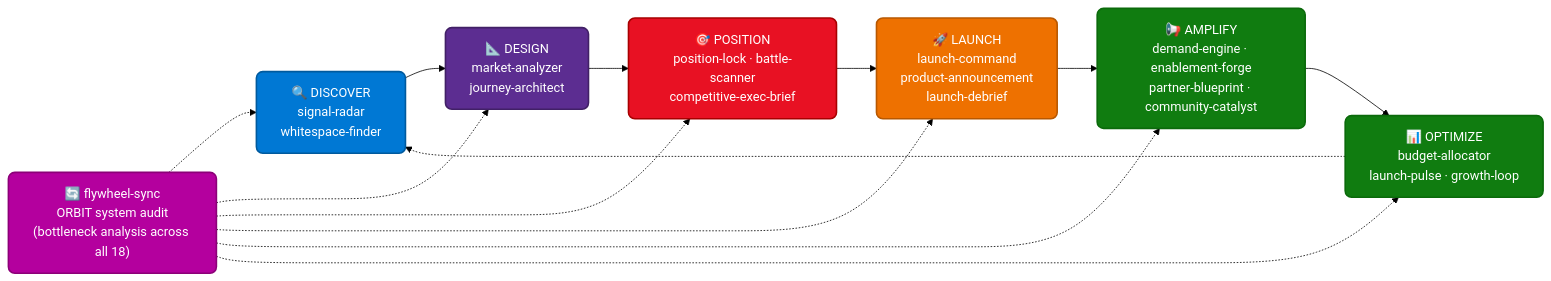
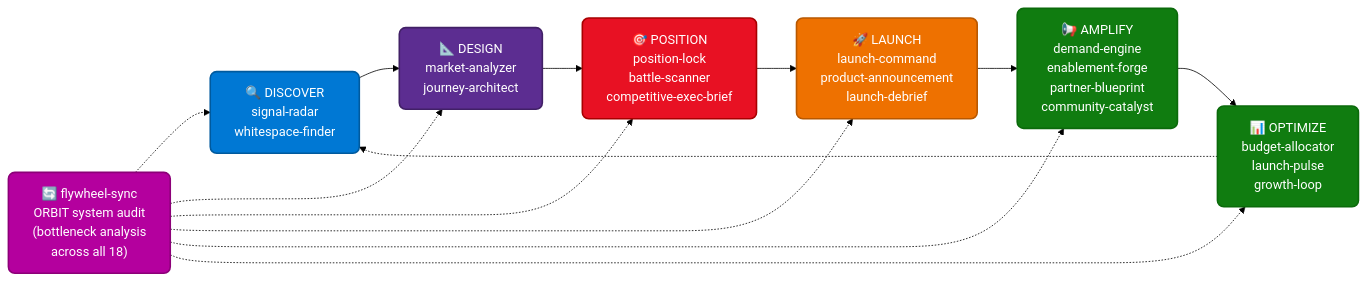
One commit to varunk130/ai-gtm-skill-library changed the first of 3 diagrams in README.md. Above: the diagram before and after it, drawn with Mermaid (forest theme). The commit also changed other lines of this file, not shown here.

First line of the commit message:
fix(readme): repair cut-off text in ecosystem and workflow diagrams (#21)

````diff
--- a/README.md
+++ b/README.md
@@ -53,35 +53,35 @@
 ```mermaid
 flowchart LR
     D["🔍 DISCOVER<br/>signal-radar<br/>whitespace-finder"]
     DE["📐 DESIGN<br/>market-analyzer<br/>journey-architect"]
-    P["🎯 POSITION<br/>position-lock · battle-scanner<br/>competitive-exec-brief"]
+    P["🎯 POSITION<br/>position-lock<br/>battle-scanner<br/>competitive-exec-brief"]
     L["🚀 LAUNCH<br/>launch-command<br/>product-announcement<br/>launch-debrief"]
-    A["📢 AMPLIFY<br/>demand-engine · enablement-forge<br/>partner-blueprint · community-catalyst"]
-    O["📊 OPTIMIZE<br/>budget-allocator<br/>launch-pulse · growth-loop"]
-    FS["🔄 flywheel-sync<br/>ORBIT system audit<br/>(bottleneck analysis across all 18)"]
+    A["📢 AMPLIFY<br/>demand-engine<br/>enablement-forge<br/>partner-blueprint<br/>community-catalyst"]
+    O["📊 OPTIMIZE<br/>budget-allocator<br/>launch-pulse<br/>growth-loop"]
+    FS["🔄 flywheel-sync<br/>ORBIT system audit<br/>(bottleneck analysis<br/>across all 18)"]
 
     D --> DE --> P --> L
     L --> A --> O
     O -.-> D
     FS -.-> D
     FS -.-> DE
     FS -.-> P
     FS -.-> L
     FS -.-> A
     FS -.-> O
 
     classDef discover fill:#0078D4,color:#fff,stroke:#005A9E,stroke-width:2px,rx:8,ry:8
     classDef design fill:#5C2D91,color:#fff,stroke:#412066,stroke-width:2px,rx:8,ry:8
     classDef position fill:#E81123,color:#fff,stroke:#A80000,stroke-width:2px,rx:8,ry:8
     classDef launch fill:#EE7100,color:#fff,stroke:#B85800,stroke-width:2px,rx:8,ry:8
     classDef amplify fill:#107C10,color:#fff,stroke:#0B6A0B,stroke-width:2px,rx:8,ry:8
     classDef optimize fill:#107C10,color:#fff,stroke:#0B6A0B,stroke-width:2px,rx:8,ry:8
     classDef sync fill:#B4009E,color:#fff,stroke:#8C0078,stroke-width:2px,rx:8,ry:8
     class D discover
     class DE design
     class P position
     class L launch
     class A amplify
     class O optimize
     class FS sync
 ```
````
